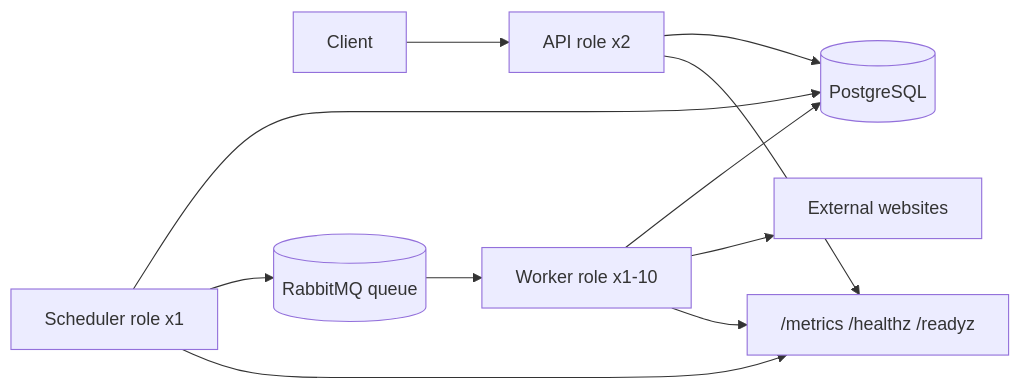
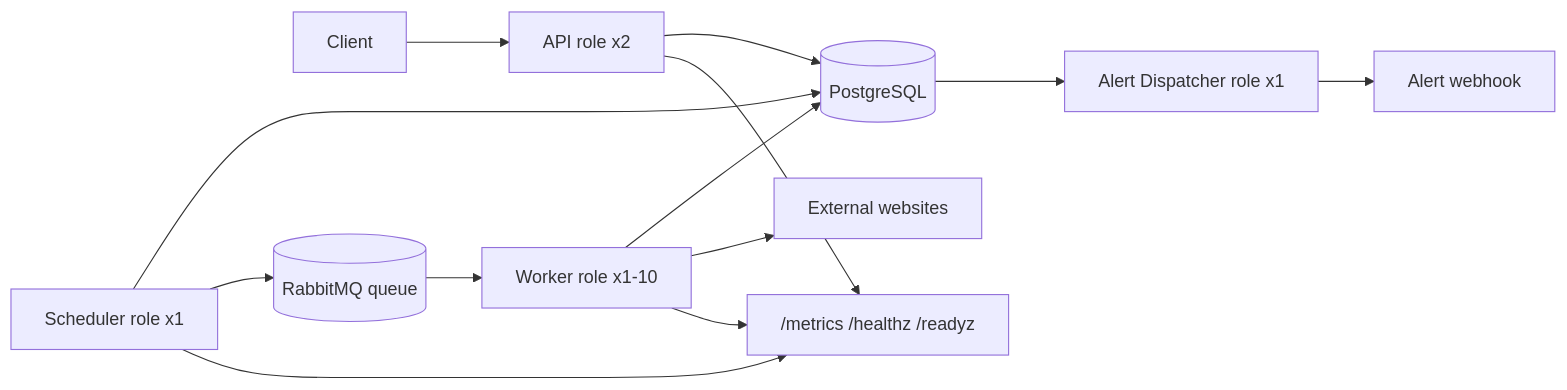
The diagram in README.md (igor-zatochniy/site-checker), drawn with Mermaid before and after one commit. The commit also changed other lines of this file and 11 other files, not shown here.

````diff
--- a/README.md
+++ b/README.md
@@ -40,13 +42,15 @@
 ```mermaid
 flowchart LR
   Client["Client"] --> API["API role x2"]
   API --> PG[("PostgreSQL")]
   Scheduler["Scheduler role x1"] --> PG
   Scheduler --> Rabbit[("RabbitMQ queue")]
   Rabbit --> Worker["Worker role x1-10"]
   Worker --> PG
   Worker --> Sites["External websites"]
+  PG --> AlertDispatcher["Alert Dispatcher role x1"]
+  AlertDispatcher --> Webhook["Alert webhook"]
   API --> Metrics["/metrics /healthz /readyz"]
   Scheduler --> Metrics
   Worker --> Metrics
 ```
````
